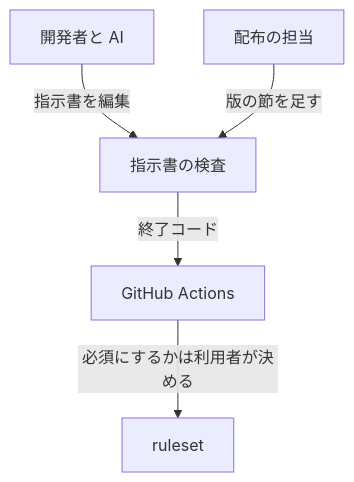
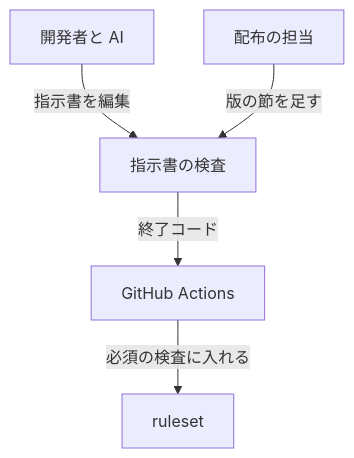
The first of 4 diagrams in issues/issue-554-design.md (devbasex/ai-plugins), drawn with Mermaid before and after one commit. The commit also changed other lines of this file and 1 other file, not shown here.

````diff
--- a/issues/issue-554-design.md
+++ b/issues/issue-554-design.md
@@ -68,7 +68,7 @@
 ```mermaid
 graph TD
     開発者[開発者と AI] -->|指示書を編集| 検査[指示書の検査]
     配布担当[配布の担当] -->|版の節を足す| 検査
     検査 -->|終了コード| CI[GitHub Actions]
-    CI -->|必須にするかは利用者が決める| RS[ruleset]
+    CI -->|必須の検査に入れる| RS[ruleset]
 ```
````
